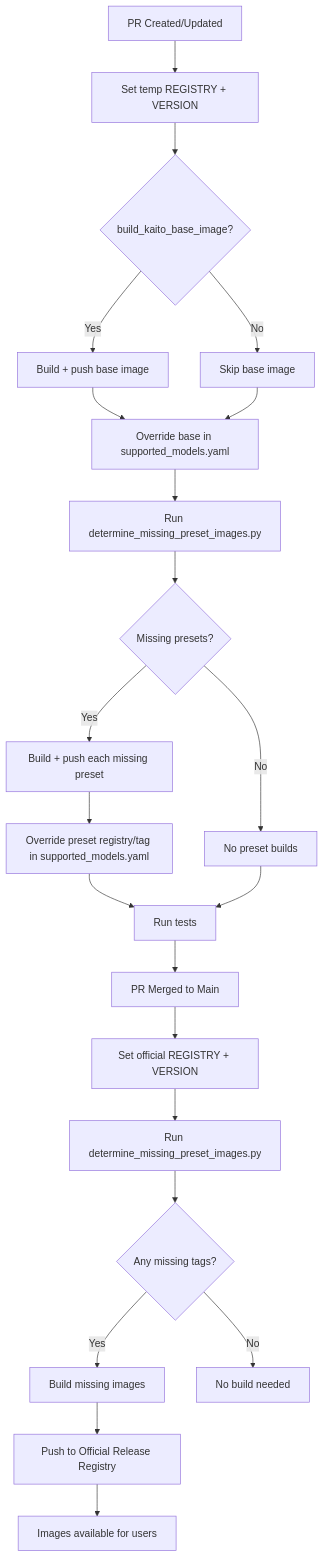
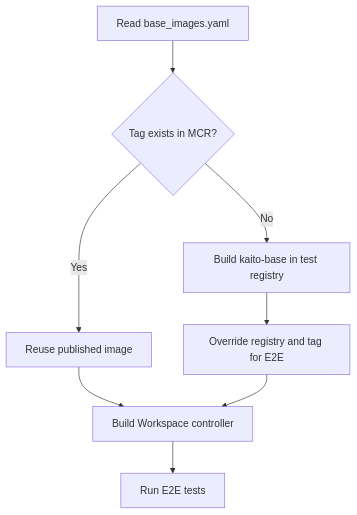
One commit to kaito-project/kaito changed the diagram in docs/preset-image-building-process.md. Above: the diagram before and after it, drawn with Mermaid. The commit also changed other lines of this file and 51 other files, not shown here.

````diff
--- a/docs/preset-image-building-process.md
+++ b/docs/preset-image-building-process.md
@@ -24,27 +15,10 @@
 ```mermaid
 graph TD
-  %% PR validation flow
-  A[PR Created/Updated] --> B[Set temp REGISTRY + VERSION]
-  B --> C{build_kaito_base_image?}
-  C -->|Yes| C1[Build + push base image]
-  C -->|No| D[Skip base image]
-  C1 --> E[Override base in supported_models.yaml]
-  D --> E
-  E --> F[Run determine_missing_preset_images.py]
-  F --> G{Missing presets?}
-  G -->|Yes| H[Build + push each missing preset]
-  H --> I[Override preset registry/tag in supported_models.yaml]
-  G -->|No| J[No preset builds]
-  I --> K[Run tests]
-  J --> K
-
-  %% Official release flow
-  K --> L[PR Merged to Main]
-  L --> M[Set official REGISTRY + VERSION]
-  M --> N[Run determine_missing_preset_images.py]
-  N --> O{Any missing tags?}
-  O -->|Yes| P[Build missing images]
-  O -->|No| Q[No build needed]
-  P --> R[Push to Official Release Registry]
-  R --> S[Images available for users]
+  A[Read base_images.yaml] --> B{Tag exists in MCR?}
+  B -->|Yes| C[Reuse published image]
+  B -->|No| D[Build kaito-base in test registry]
+  C --> E[Build Workspace controller]
+  D --> F[Override registry and tag for E2E]
+  F --> E
+  E --> G[Run E2E tests]
 ```
````
